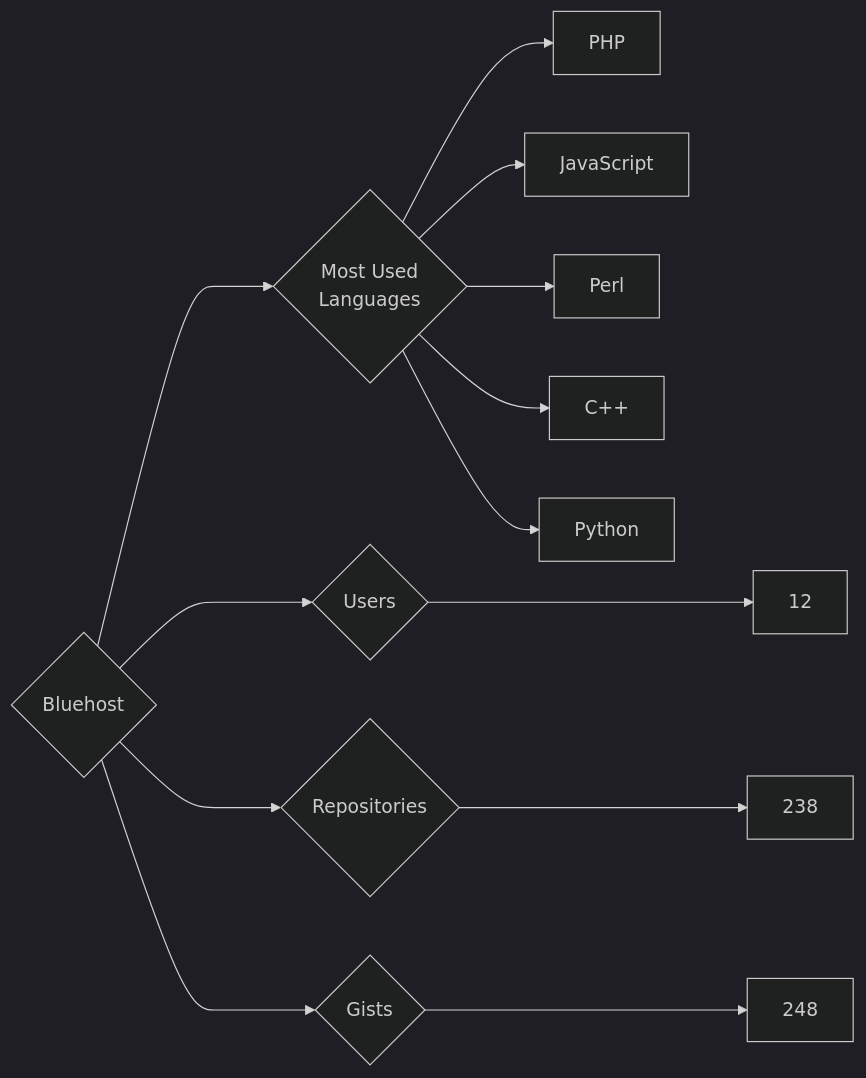
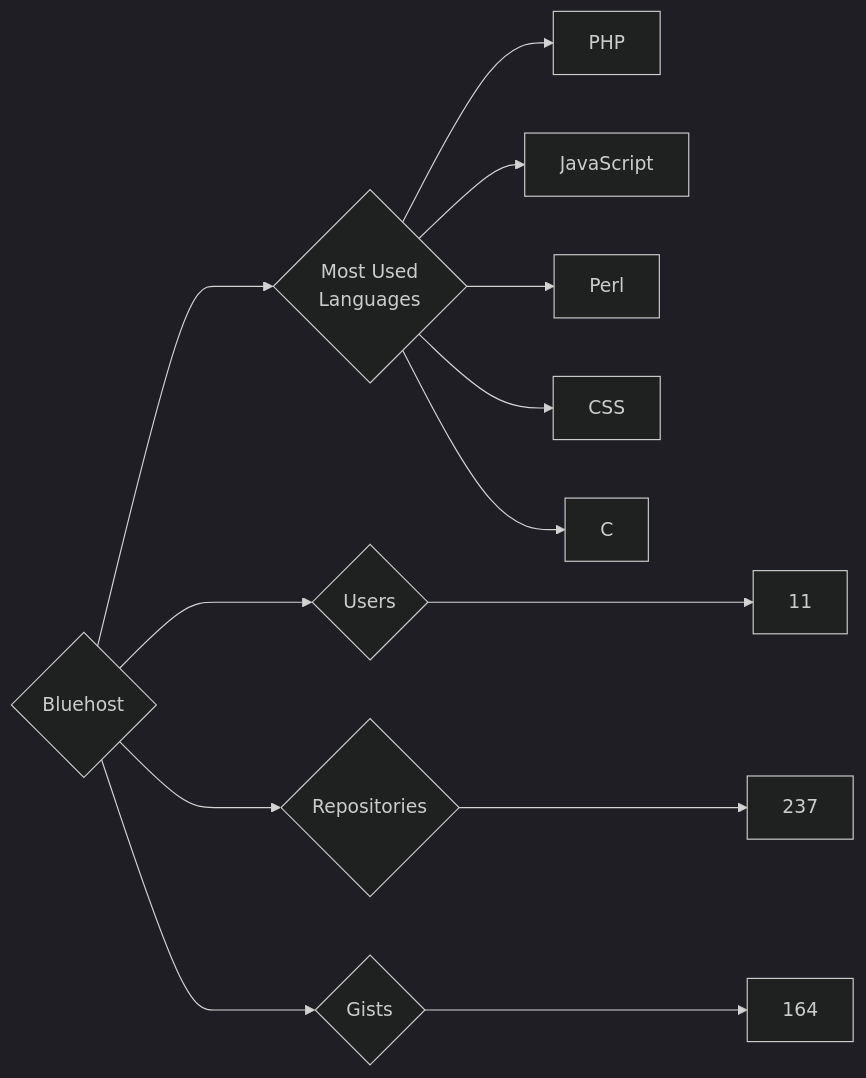
The diagram in targets/Bluehost/README.md (trickest/insiders), drawn with Mermaid (dark theme) before and after one commit. The commit also changed 837 other files, not shown here.

````diff
--- a/targets/Bluehost/README.md
+++ b/targets/Bluehost/README.md
@@ -3,13 +3,13 @@
 ```mermaid
 graph LR
 COMPANY_NAME{Bluehost}
-COMPANY_NAME ---> U{Users} ---> UN[12]
-COMPANY_NAME ---> R{Repositories} ---> RN[238]
-COMPANY_NAME ---> G{Gists} ---> GN[248]
+COMPANY_NAME ---> U{Users} ---> UN[11]
+COMPANY_NAME ---> R{Repositories} ---> RN[237]
+COMPANY_NAME ---> G{Gists} ---> GN[164]
 COMPANY_NAME ---> ML{Most Used<br>Languages}
 ML --> PHP[PHP]
 ML --> JavaScript[JavaScript]
 ML --> Perl[Perl]
-ML --> C++[C++]
-ML --> Python[Python]
+ML --> CSS[CSS]
+ML --> C[C]
 ```
````
